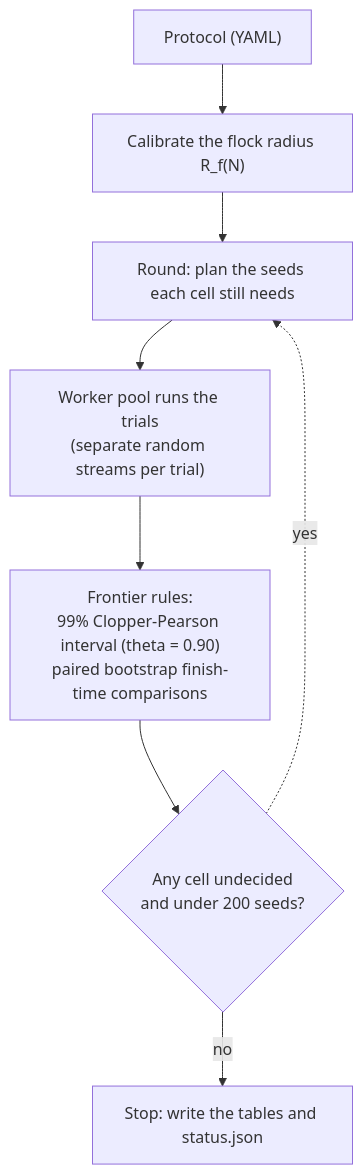
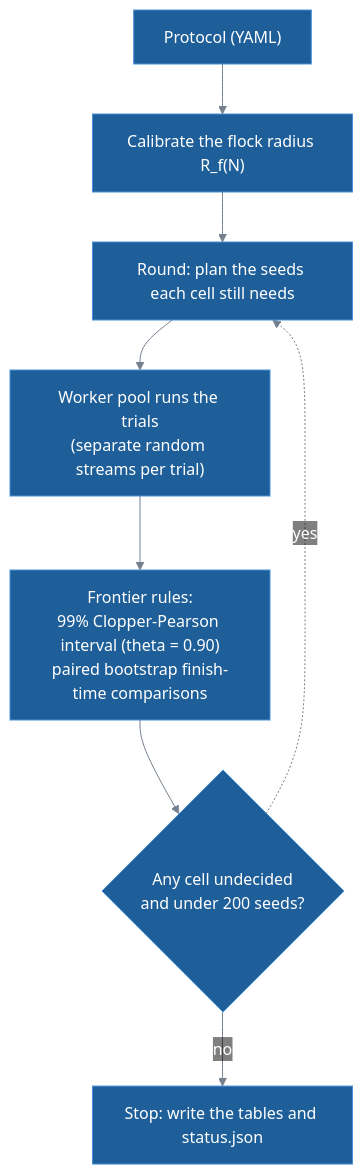
The diagram in docs/experiments/task_design.md (lykimq/HerdSim), drawn with Mermaid before and after one commit. The commit also changed 24 other files, not shown here.

Commit message:
use different style for mermaid

````diff
--- a/docs/experiments/task_design.md
+++ b/docs/experiments/task_design.md
@@ -149,10 +149,11 @@
 ```mermaid
+%%{init: {"theme": "base", "themeVariables": {"primaryColor": "#1f5f99", "primaryTextColor": "#ffffff", "primaryBorderColor": "#4a90d9", "lineColor": "#75808f", "tertiaryTextColor": "#75808f", "titleColor": "#75808f", "clusterBkg": "transparent", "clusterBorder": "#75808f", "edgeLabelBackground": "transparent"}}}%%
 flowchart TB
     proto["Protocol (YAML)"] --> calib["Calibrate the flock radius R_f(N)"]
     calib --> round["Round: plan the seeds each cell still needs"]
     round --> pool["Worker pool runs the trials<br/>(separate random streams per trial)"]
     pool --> rules["Frontier rules:<br/>99% Clopper-Pearson interval (theta = 0.90)<br/>paired bootstrap finish-time comparisons"]
     rules --> more{"Any cell undecided<br/>and under 200 seeds?"}
     more -.->|yes| round
     more -->|no| stop["Stop: write the tables and status.json"]
 ```
````
